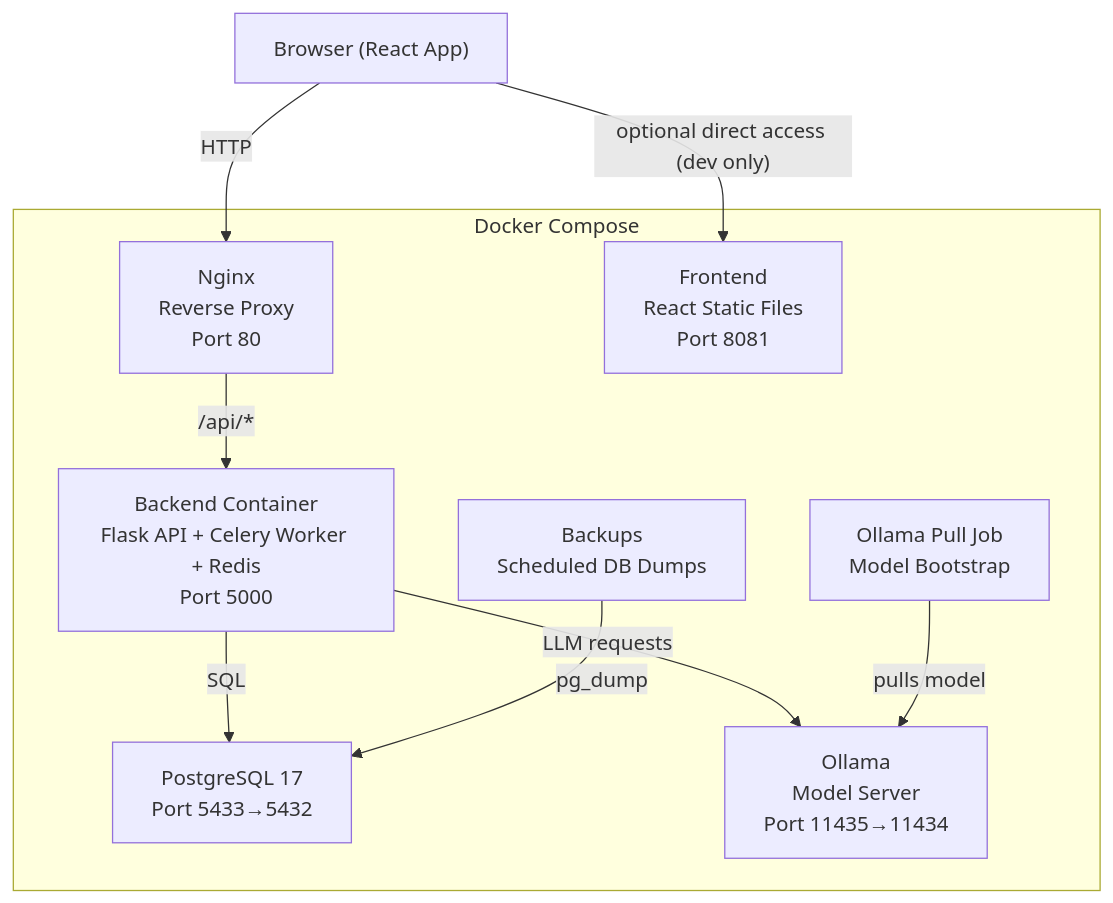
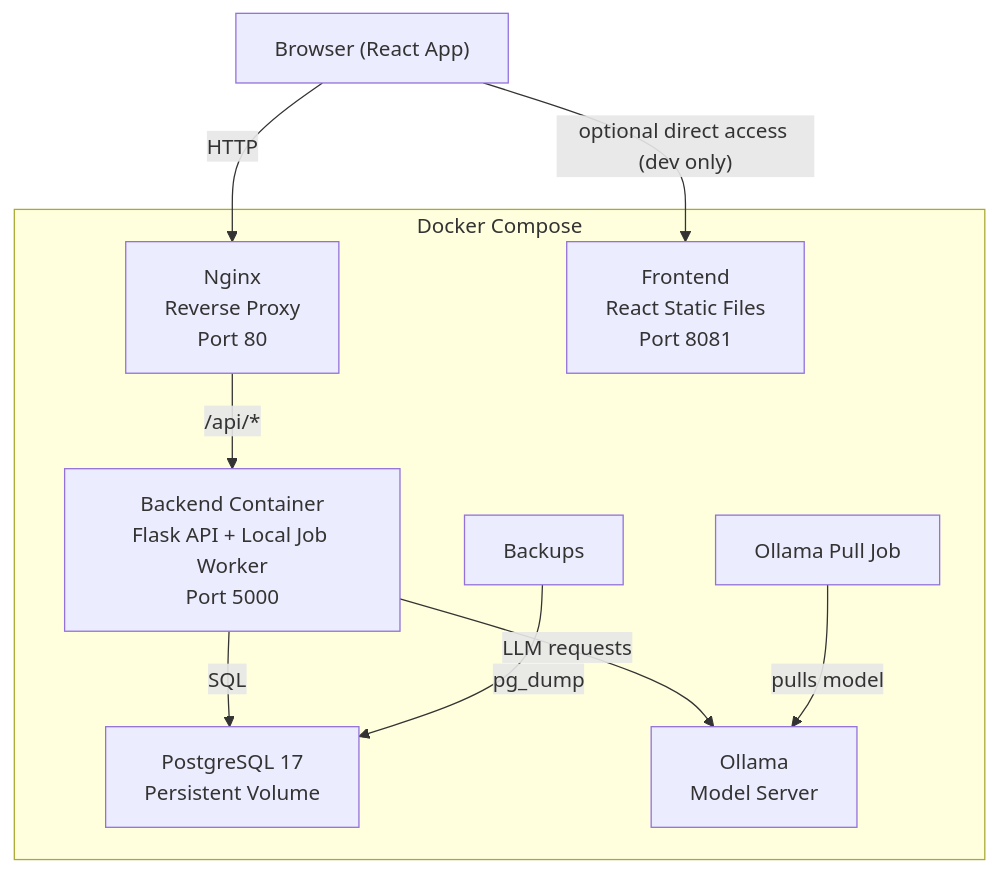
The first of 3 diagrams in api/docs/architecture.md (jhssilv/corcel-platform), drawn with Mermaid before and after one commit. The commit also changed other lines of this file and 9 other files, not shown here.

````diff
--- a/api/docs/architecture.md
+++ b/api/docs/architecture.md
@@ -23,22 +23,22 @@
 ```mermaid
 graph TB
     Client["Browser (React App)"]
 
     subgraph Docker ["Docker Compose"]
         Nginx["Nginx<br/>Reverse Proxy<br/>Port 80"]
         Frontend["Frontend<br/>React Static Files<br/>Port 8081"]
-        Backend["Backend Container<br/>Flask API + Celery Worker + Redis<br/>Port 5000"]
-        DB["PostgreSQL 17<br/>Port 5433→5432"]
-        Ollama["Ollama<br/>Model Server<br/>Port 11435→11434"]
-        OllamaPull["Ollama Pull Job<br/>Model Bootstrap"]
-        Backups["Backups<br/>Scheduled DB Dumps"]
+        Backend["Backend Container<br/>Flask API + Local Job Worker<br/>Port 5000"]
+        DB["PostgreSQL 17<br/>Persistent Volume"]
+        Ollama["Ollama<br/>Model Server"]
+        OllamaPull["Ollama Pull Job"]
+        Backups["Backups"]
     end
 
     Client -->|HTTP| Nginx
+    Nginx -->|"/api/*"| Backend
     Client -->|"optional direct access (dev only)"| Frontend
-    Nginx -->|"/api/*"| Backend
     Backend -->|SQL| DB
     Backend -->|LLM requests| Ollama
     OllamaPull -->|pulls model| Ollama
     Backups -->|pg_dump| DB
 ```
````
